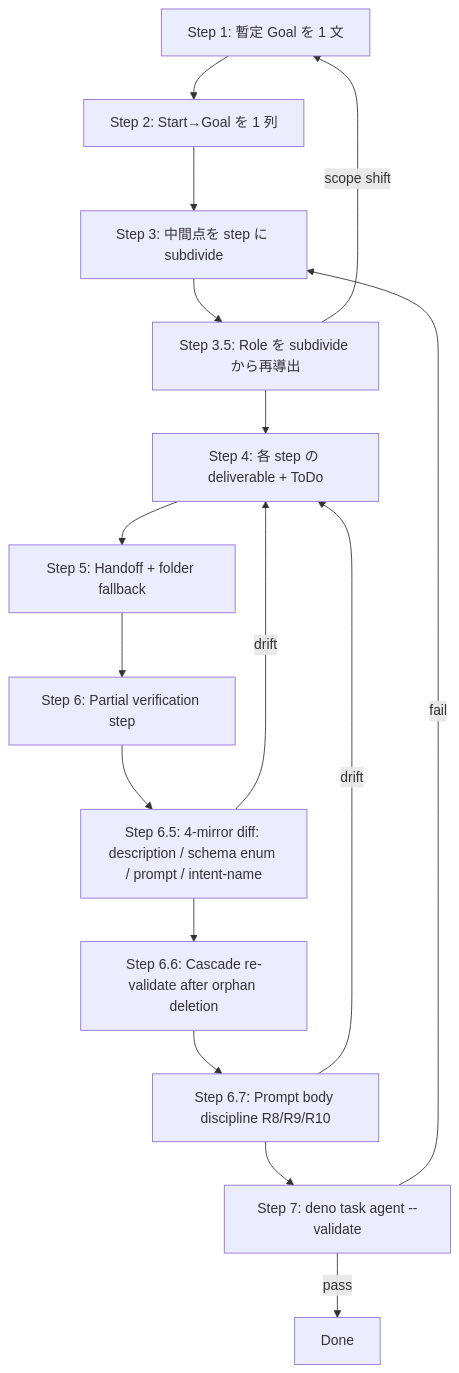
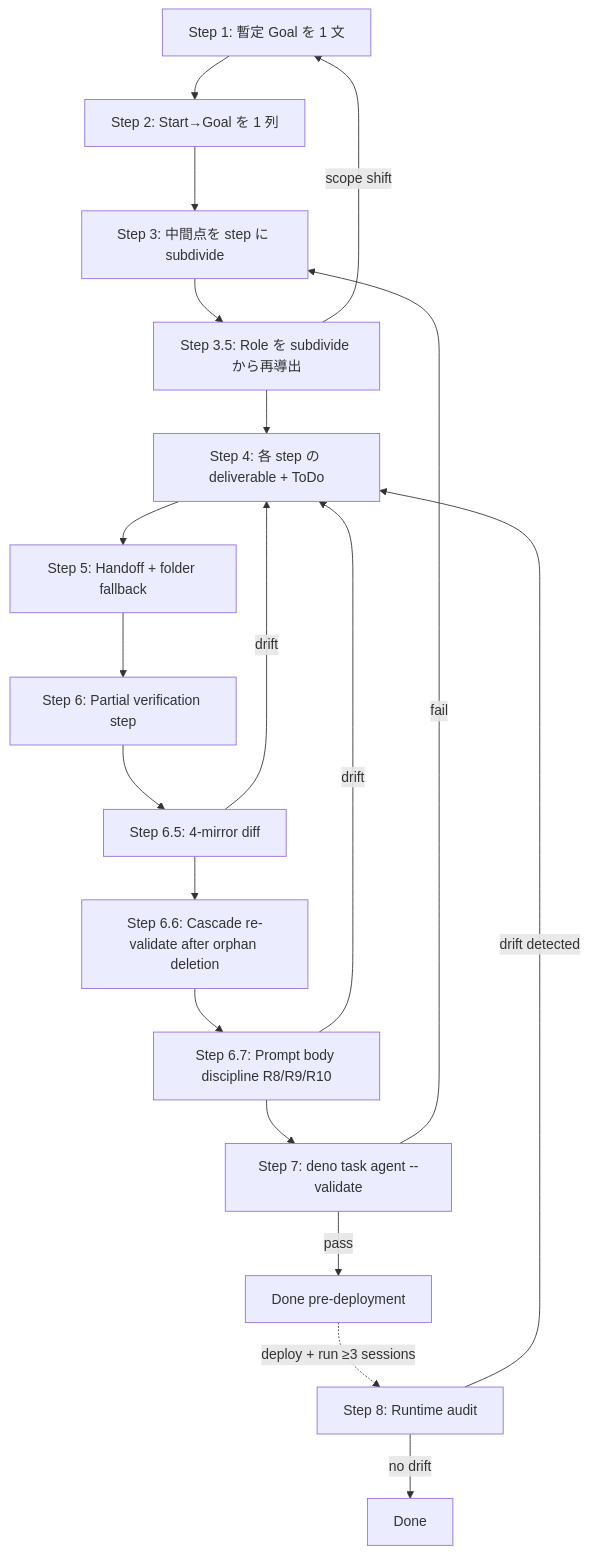
One commit to tettuan/climpt changed the diagram in .claude/skills/agent-step-design/SKILL.md. Above: the diagram before and after it, drawn with Mermaid. The commit also changed other lines of this file and 4 other files, not shown here.

````diff
--- a/.claude/skills/agent-step-design/SKILL.md
+++ b/.claude/skills/agent-step-design/SKILL.md
@@ -46,18 +43,21 @@
 ```mermaid
 flowchart TD
     A[Step 1: 暫定 Goal を 1 文] --> B[Step 2: Start→Goal を 1 列]
     B --> C[Step 3: 中間点を step に subdivide]
     C --> R[Step 3.5: Role を subdivide から再導出]
     R -->|scope shift| A
     R --> D[Step 4: 各 step の deliverable + ToDo]
     D --> E[Step 5: Handoff + folder fallback]
     E --> F[Step 6: Partial verification step]
-    F --> M[Step 6.5: 4-mirror diff: description / schema enum / prompt / intent-name]
+    F --> M[Step 6.5: 4-mirror diff]
     M -->|drift| D
     M --> N[Step 6.6: Cascade re-validate after orphan deletion]
     N --> P[Step 6.7: Prompt body discipline R8/R9/R10]
     P -->|drift| D
     P --> G[Step 7: deno task agent --validate]
     G -->|fail| C
-    G -->|pass| H[Done]
+    G -->|pass| H[Done pre-deployment]
+    H -.deploy + run ≥3 sessions.-> P8[Step 8: Runtime audit]
+    P8 -->|drift detected| D
+    P8 -->|no drift| Z[Done]
 ```
````
